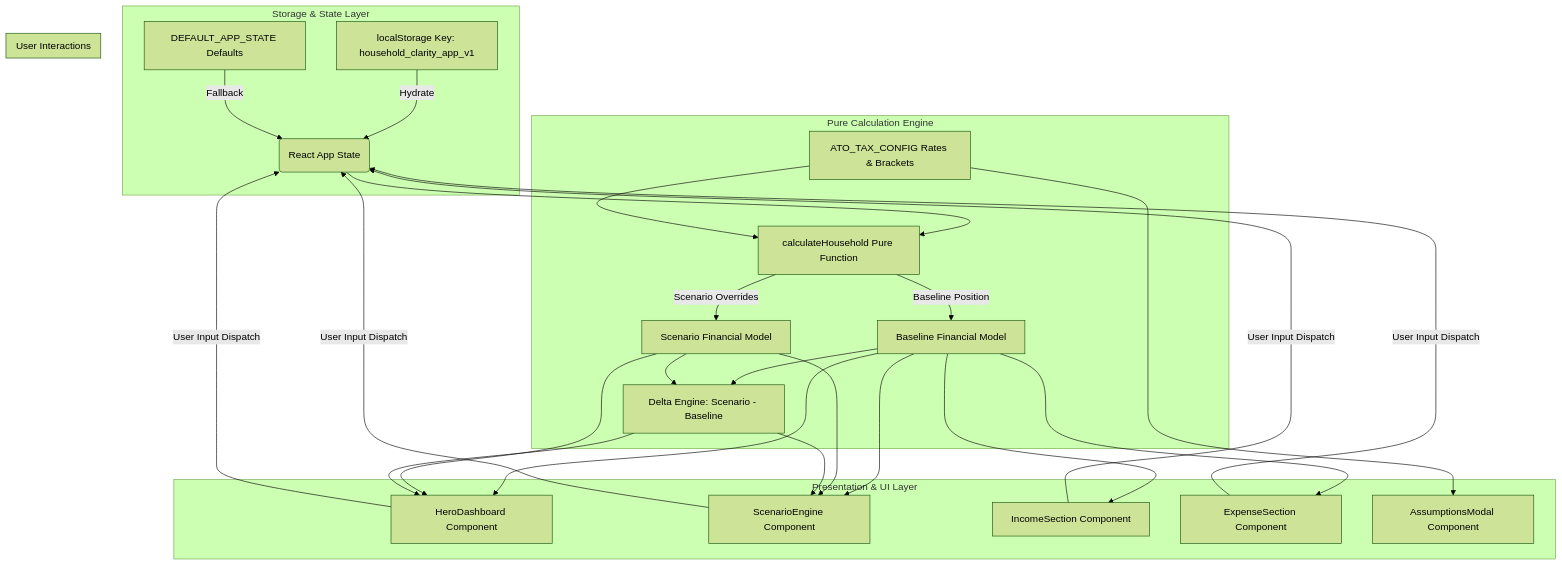
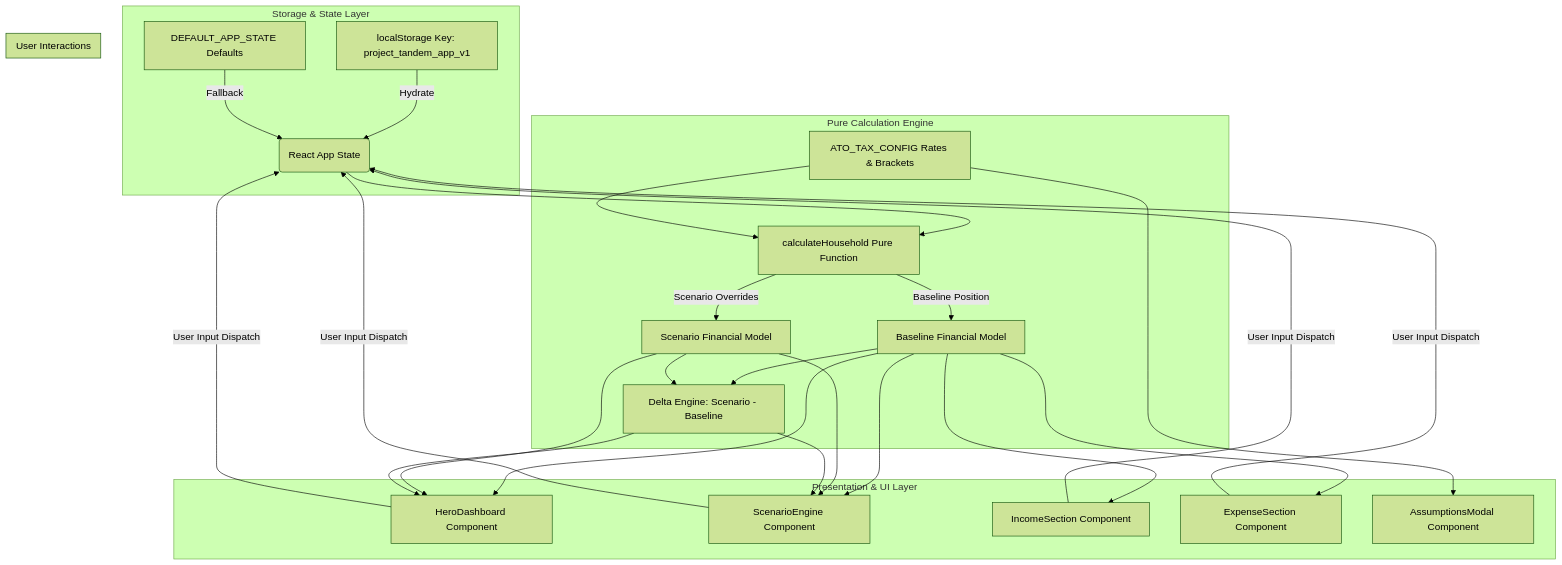
Before and after one commit to ibram-saleeb/household-clarity: the diagram in ARCHITECTURE.md, drawn with Mermaid (forest theme). The commit also changed other lines of this file and 27 other files, not shown here.

````diff
--- a/ARCHITECTURE.md
+++ b/ARCHITECTURE.md
@@ -23,27 +23,27 @@
 ```mermaid
 flowchart TD
     subgraph Storage & State Layer
-        A[localStorage Key: household_clarity_app_v1] -->|Hydrate| B(React App State)
+        A[localStorage Key: project_tandem_app_v1] -->|Hydrate| B(React App State)
         C[DEFAULT_APP_STATE Defaults] -->|Fallback| B
     end
 
     subgraph Pure Calculation Engine
         B --> D[calculateHousehold Pure Function]
         E[ATO_TAX_CONFIG Rates & Brackets] --> D
         D -->|Baseline Position| F[Baseline Financial Model]
         D -->|Scenario Overrides| G[Scenario Financial Model]
         F & G --> H[Delta Engine: Scenario - Baseline]
     end
 
     subgraph Presentation & UI Layer
         F & G & H --> I[HeroDashboard Component]
         F & G & H --> J[ScenarioEngine Component]
         F --> K[IncomeSection Component]
         F --> L[ExpenseSection Component]
         E --> M[AssumptionsModal Component]
     end
 
     subgraph User Interactions
         I & J & K & L -->|User Input Dispatch| B
     end
 ```
````
